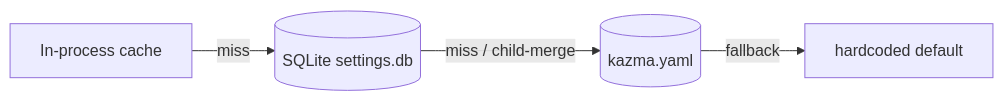
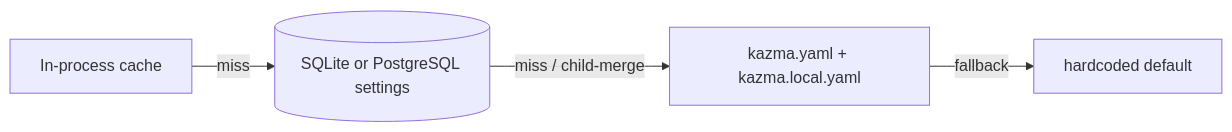
Before and after one commit to Mubder/kazma: the diagram in docs/docs/guide/configuration.md, drawn with Mermaid. The commit also changed other lines of this file and 9 other files, not shown here.

Commit message:
fix(config): preserve local YAML choices during first boot

````diff
--- a/docs/docs/guide/configuration.md
+++ b/docs/docs/guide/configuration.md
@@ -15,6 +15,6 @@
 ```mermaid
 flowchart LR
-    C[In-process cache] -->|miss| DB[(SQLite settings.db)]
-    DB -->|miss / child-merge| YAML[(kazma.yaml)]
+    C[In-process cache] -->|miss| DB[(SQLite or PostgreSQL settings)]
+    DB -->|miss / child-merge| YAML["kazma.yaml + kazma.local.yaml"]
     YAML -->|fallback| DEFAULT[hardcoded default]
 ```
````
